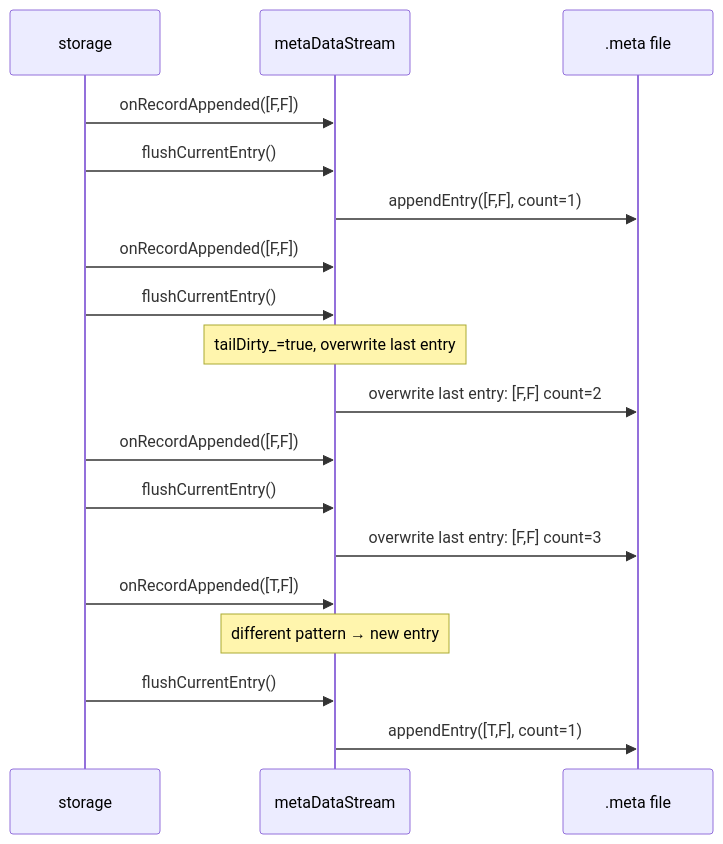
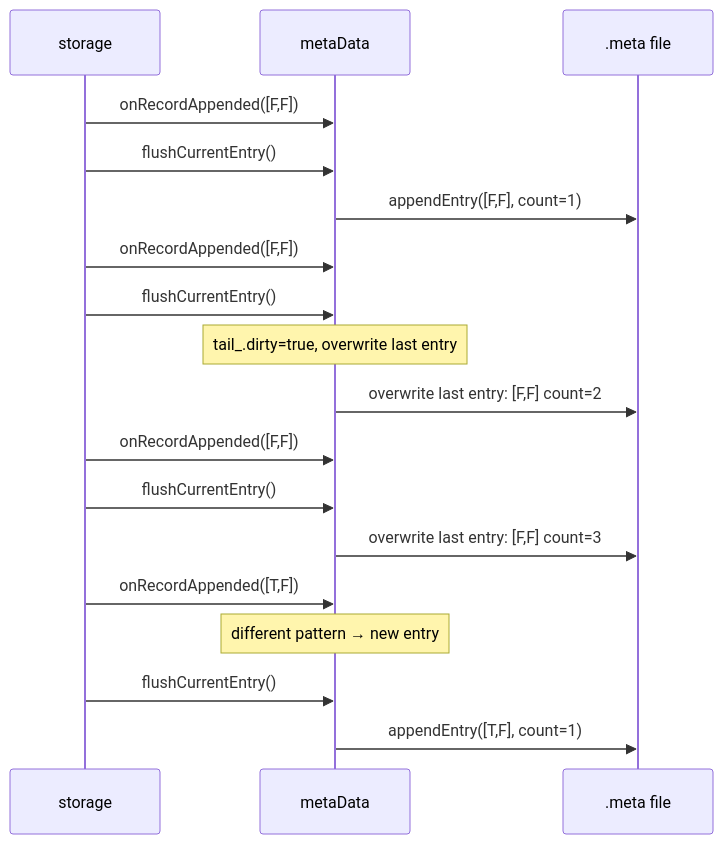
The third of 9 diagrams in data-processing-system-architecture/data-storage-format/files.md (michalwidera/documentation-rdb), drawn with Mermaid before and after one commit. The commit also changed other lines of this file and 15 other files, not shown here.

````diff
--- a/data-processing-system-architecture/data-storage-format/files.md
+++ b/data-processing-system-architecture/data-storage-format/files.md
@@ -313,24 +323,24 @@
 ```mermaid
 sequenceDiagram
     participant S as storage
-    participant M as metaDataStream
+    participant M as metaData
     participant F as .meta file
 
     S->>M: onRecordAppended([F,F])
     S->>M: flushCurrentEntry()
     M->>F: appendEntry([F,F], count=1)
 
     S->>M: onRecordAppended([F,F])
     S->>M: flushCurrentEntry()
-    Note over M: tailDirty_=true, overwrite last entry
+    Note over M: tail_.dirty=true, overwrite last entry
     M->>F: overwrite last entry: [F,F] count=2
 
     S->>M: onRecordAppended([F,F])
     S->>M: flushCurrentEntry()
     M->>F: overwrite last entry: [F,F] count=3
 
     S->>M: onRecordAppended([T,F])
     Note over M: different pattern → new entry
     S->>M: flushCurrentEntry()
     M->>F: appendEntry([T,F], count=1)
 ```
````
